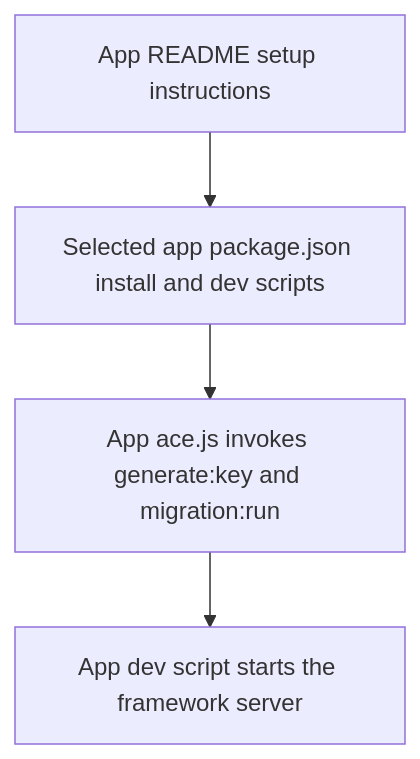
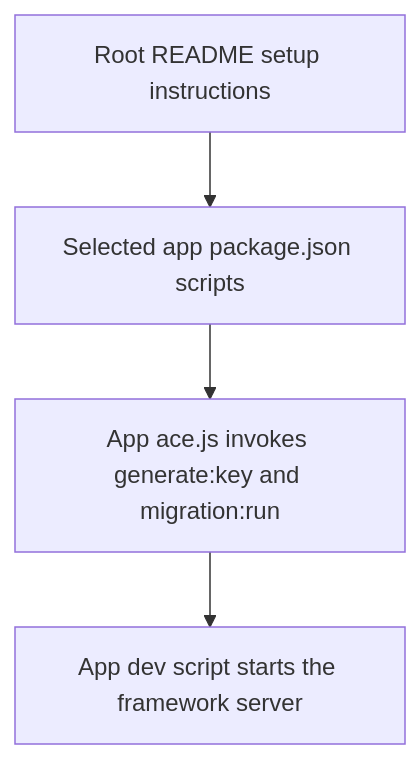
One commit to Kevinjohn/oss-adonisjs-starter-examples changed the second of 2 diagrams in user-stories/operations/us-ops-01-run-kit.md. Above: the diagram before and after it, drawn with Mermaid. The commit also changed other lines of this file and 154 other files, not shown here.

````diff
--- a/user-stories/operations/us-ops-01-run-kit.md
+++ b/user-stories/operations/us-ops-01-run-kit.md
@@ -33,6 +33,6 @@
 ```mermaid
 flowchart TD
-    A["App README setup instructions"] --> B["Selected app package.json install and dev scripts"]
+    A["Root README setup instructions"] --> B["Selected app package.json scripts"]
     B --> C["App ace.js invokes generate:key and migration:run"]
     C --> D["App dev script starts the framework server"]
 ```
````
